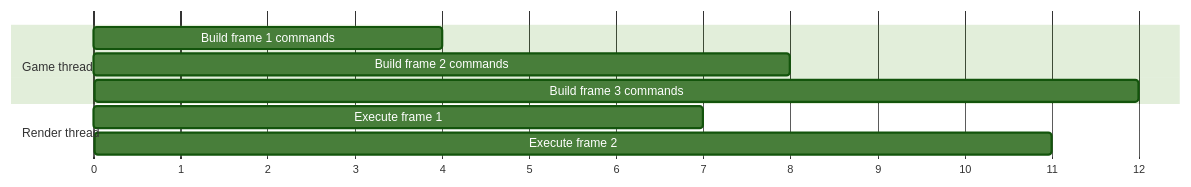
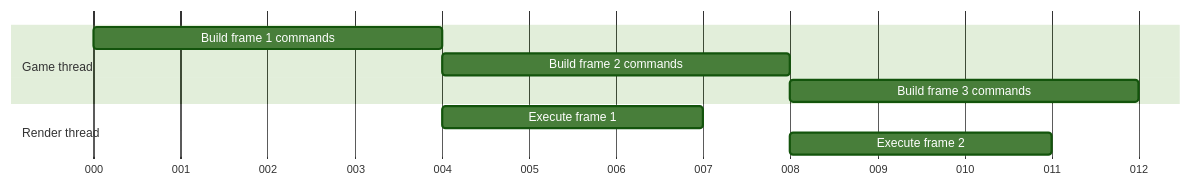
Before and after one commit to b1nary0/RZE: the third of 3 diagrams in Docs/Generated/Engine/04-Rendering/Low-Level-Renderer-Module.md, drawn with Mermaid (forest theme). The commit also changed other lines of this file and 21 other files, not shown here.

First line of the commit message:
Fix diagrams that failed to render or hid their own text

````diff
--- a/Docs/Generated/Engine/04-Rendering/Low-Level-Renderer-Module.md
+++ b/Docs/Generated/Engine/04-Rendering/Low-Level-Renderer-Module.md
@@ -64,12 +66,12 @@
 ```mermaid
 gantt
-    dateFormat X
-    axisFormat %s
+    dateFormat x
+    axisFormat %L
     section Game thread
-    Build frame 1 commands :g1, 0, 4
-    Build frame 2 commands :g2, 4, 8
-    Build frame 3 commands :g3, 8, 12
+    Build frame 1 commands :g1, 0, 4ms
+    Build frame 2 commands :g2, 4, 4ms
+    Build frame 3 commands :g3, 8, 4ms
     section Render thread
-    Execute frame 1 :r1, 4, 7
-    Execute frame 2 :r2, 8, 11
+    Execute frame 1 :r1, 4, 3ms
+    Execute frame 2 :r2, 8, 3ms
 ```
````
